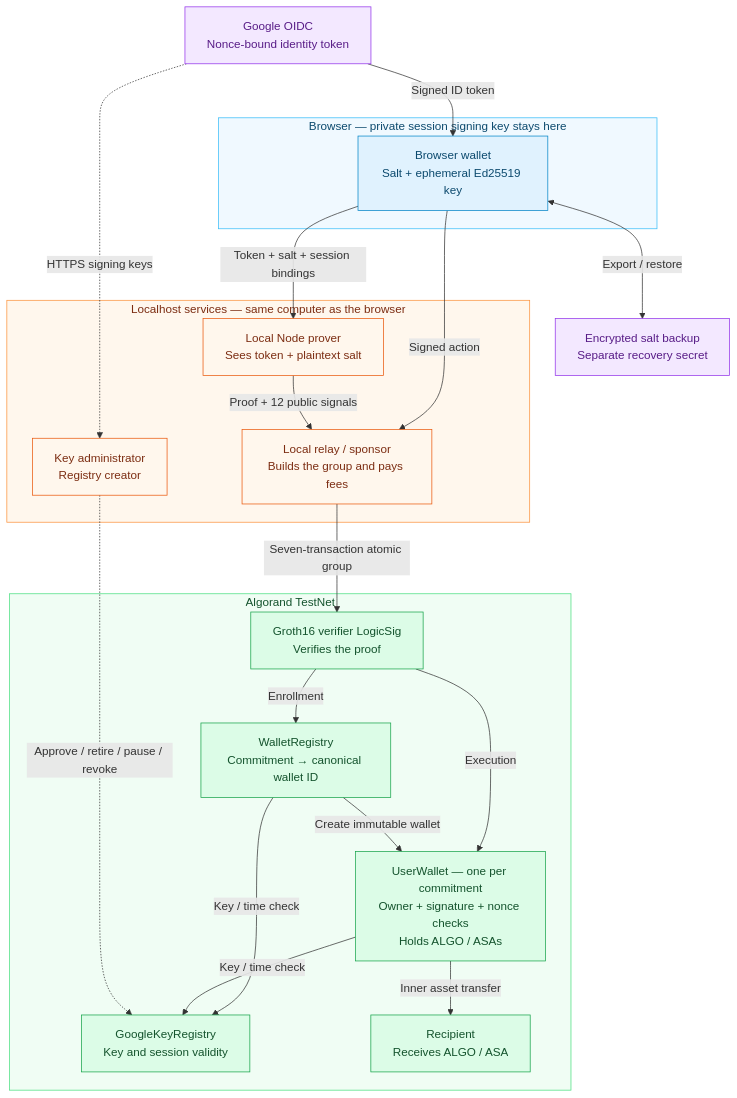
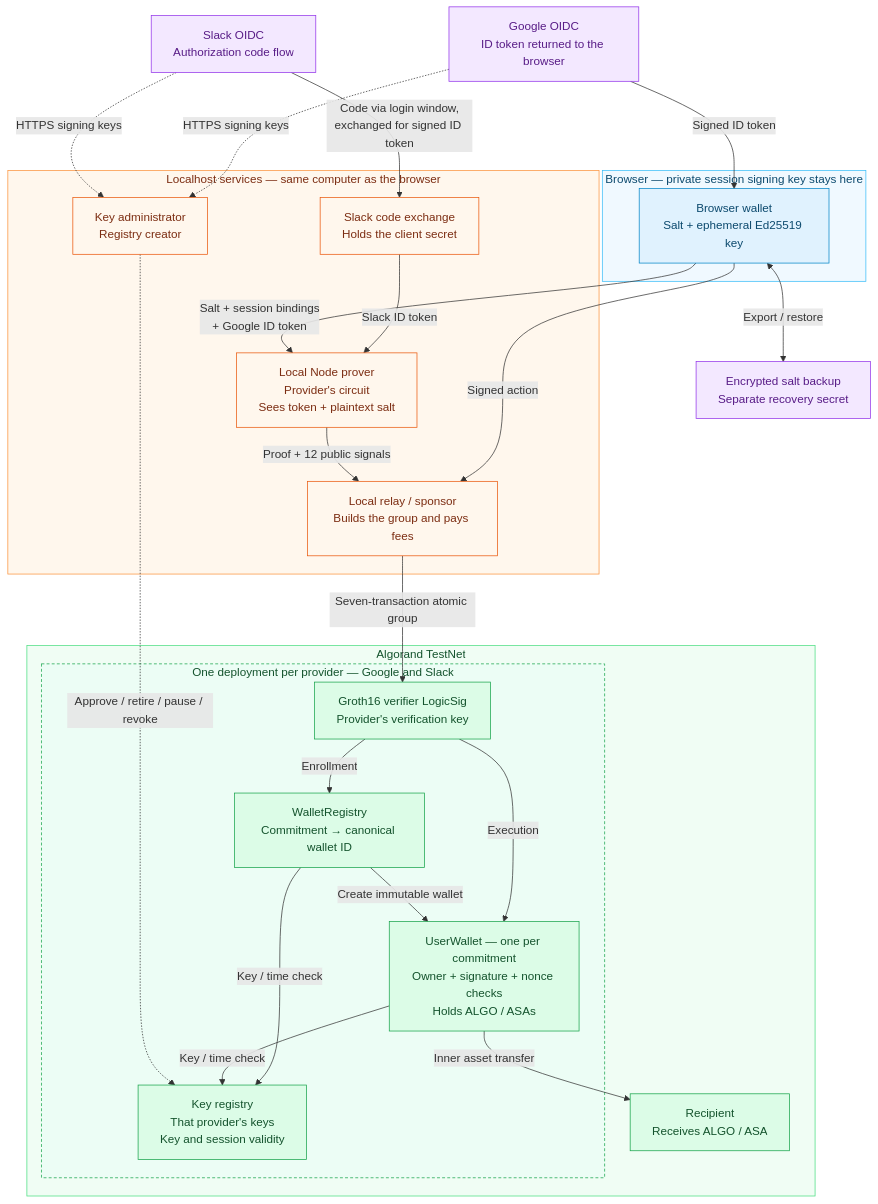
Before and after one commit to bwmx/algo-zkauth: the diagram in README.md, drawn with Mermaid. The commit also changed other lines of this file and 1 other file, not shown here.

First line of the commit message:
Show Slack as a second login provider in the README and plan

````diff
--- a/README.md
+++ b/README.md
@@ -13,50 +13,58 @@
 ```mermaid
 flowchart TB
-    Google["Google OIDC<br/>Nonce-bound identity token"]
+    Google["Google OIDC<br/>ID token returned to the browser"]
+    Slack["Slack OIDC<br/>Authorization code flow"]
     Backup["Encrypted salt backup<br/>Separate recovery secret"]
 
     subgraph Browser["Browser — private session signing key stays here"]
         UI["Browser wallet<br/>Salt + ephemeral Ed25519 key"]
     end
 
     subgraph Local["Localhost services — same computer as the browser"]
-        Prover["Local Node prover<br/>Sees token + plaintext salt"]
+        Exchange["Slack code exchange<br/>Holds the client secret"]
+        Prover["Local Node prover<br/>Provider's circuit<br/>Sees token + plaintext salt"]
         Relay["Local relay / sponsor<br/>Builds the group and pays fees"]
         Admin["Key administrator<br/>Registry creator"]
     end
 
     subgraph Chain["Algorand TestNet"]
-        Verifier["Groth16 verifier LogicSig<br/>Verifies the proof"]
-        Registry["WalletRegistry<br/>Commitment → canonical wallet ID"]
-        Wallet["UserWallet — one per commitment<br/>Owner + signature + nonce checks<br/>Holds ALGO / ASAs"]
-        Policy["GoogleKeyRegistry<br/>Key and session validity"]
+        subgraph Deployment["One deployment per provider — Google and Slack"]
+            Verifier["Groth16 verifier LogicSig<br/>Provider's verification key"]
+            Registry["WalletRegistry<br/>Commitment → canonical wallet ID"]
+            Wallet["UserWallet — one per commitment<br/>Owner + signature + nonce checks<br/>Holds ALGO / ASAs"]
+            Policy["Key registry<br/>That provider's keys<br/>Key and session validity"]
+        end
         Recipient["Recipient<br/>Receives ALGO / ASA"]
     end
 
     Google -->|"Signed ID token"| UI
+    Slack -->|"Code via login window,<br/>exchanged for signed ID token"| Exchange
+    Exchange -->|"Slack ID token"| Prover
     UI <-->|"Export / restore"| Backup
-    UI -->|"Token + salt + session bindings"| Prover
+    UI -->|"Salt + session bindings<br/>+ Google ID token"| Prover
     UI -->|"Signed action"| Relay
     Prover -->|"Proof + 12 public signals"| Relay
     Relay -->|"Seven-transaction atomic group"| Verifier
     Verifier -->|"Enrollment"| Registry
     Verifier -->|"Execution"| Wallet
     Registry -->|"Create immutable wallet"| Wallet
     Registry -->|"Key / time check"| Policy
     Wallet -->|"Key / time check"| Policy
     Wallet -->|"Inner asset transfer"| Recipient
     Google -.->|"HTTPS signing keys"| Admin
+    Slack -.->|"HTTPS signing keys"| Admin
     Admin -.->|"Approve / retire / pause / revoke"| Policy
 
     classDef browser fill:#e0f2fe,stroke:#0284c7,color:#0c4a6e;
     classDef local fill:#fff7ed,stroke:#ea580c,color:#7c2d12;
     classDef chain fill:#dcfce7,stroke:#16a34a,color:#14532d;
     classDef external fill:#f3e8ff,stroke:#9333ea,color:#581c87;
     class UI browser;
-    class Prover,Relay,Admin local;
+    class Exchange,Prover,Relay,Admin local;
     class Verifier,Registry,Wallet,Policy,Recipient chain;
-    class Google,Backup external;
+    class Google,Slack,Backup external;
     style Browser fill:#f0f9ff,stroke:#38bdf8,color:#0c4a6e;
     style Local fill:#fff7ed,stroke:#fb923c,color:#7c2d12;
     style Chain fill:#f0fdf4,stroke:#4ade80,color:#14532d;
+    style Deployment fill:#ecfdf5,stroke:#16a34a,stroke-dasharray:4 3,color:#14532d;
 ```
````
